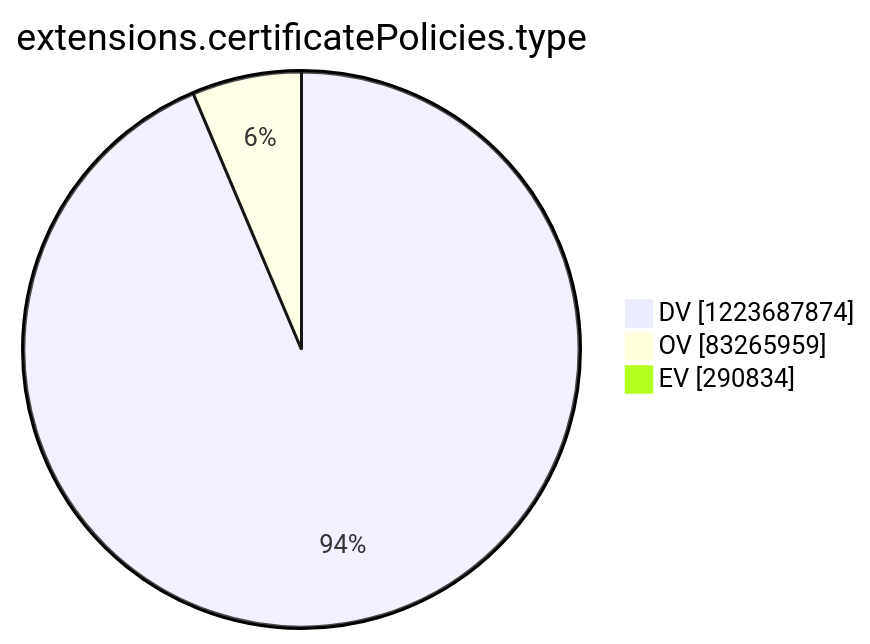
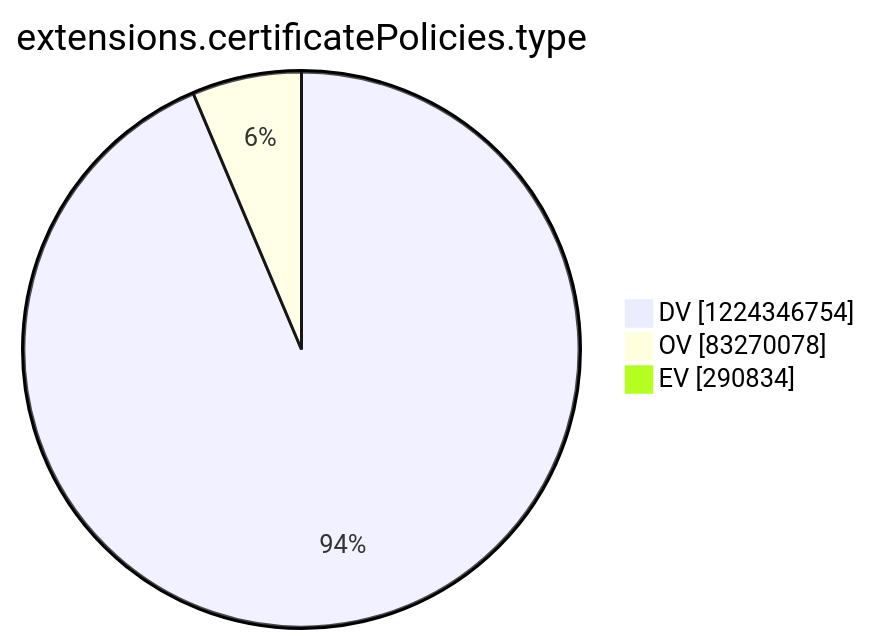
The tenth of 15 diagrams in argon2022/README.md (christiankrug/ctmonitor_visualization), drawn with Mermaid before and after one commit. The commit also changed other lines of this file, not shown here.

````diff
--- a/argon2022/README.md
+++ b/argon2022/README.md
@@ -2770,7 +2770,7 @@
 ```mermaid
 pie showData
 title extensions.certificatePolicies.type
-"DV" :1223687874
-"OV" :83265959
+"DV" :1224346754
+"OV" :83270078
 "EV" :290834
 ```
````
